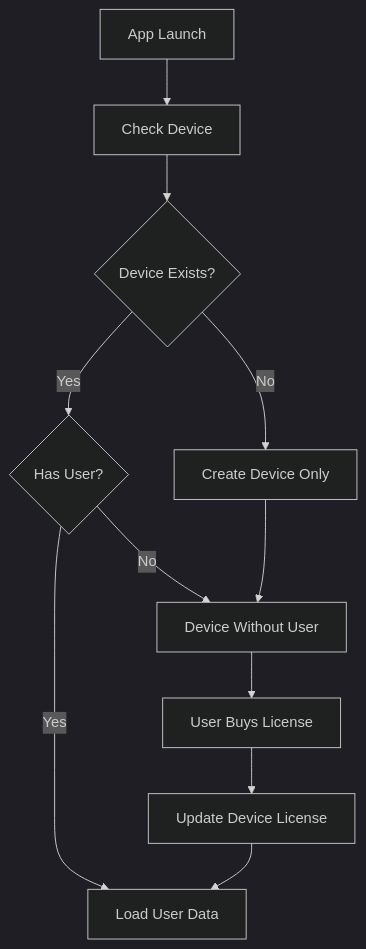
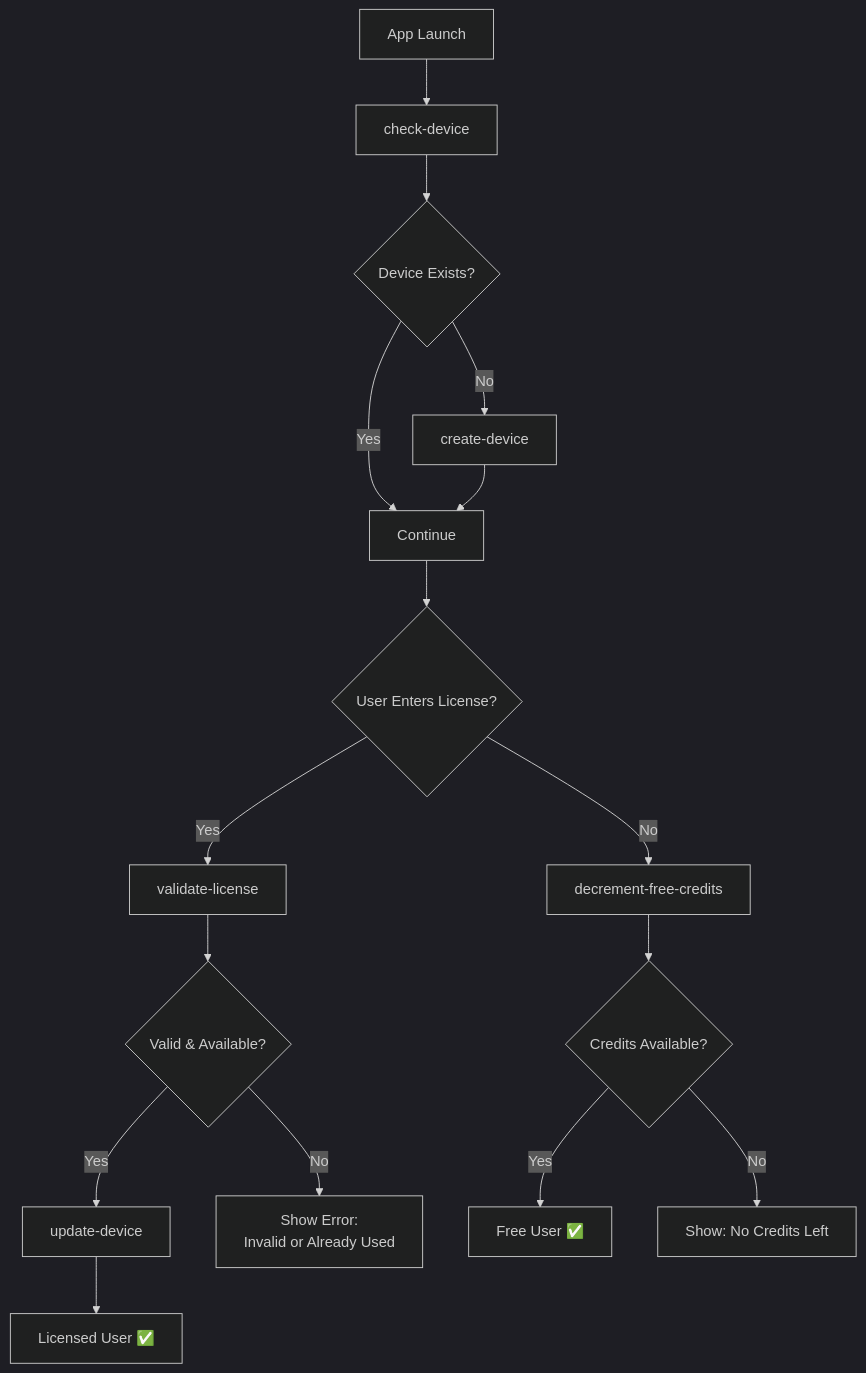
Before and after one commit to moinulmoin/cutclip-web: the diagram in USER_API_DOCS.md, drawn with Mermaid (dark theme). The commit also changed other lines of this file and 10 other files, not shown here.

Commit message:
feat: :sparkles: improve user flow documentation; modify Prisma schema for license uniqueness; update API routes for better error handling and response consistency

````diff
--- a/USER_API_DOCS.md
+++ b/USER_API_DOCS.md
@@ -159,13 +231,18 @@
 ```mermaid
 flowchart TD
-    A[App Launch] --> B[Check Device]
+    A[App Launch] --> B[check-device]
     B --> C{Device Exists?}
-    C -->|No| D[Create Device Only]
-    C -->|Yes| E{Has User?}
-    E -->|No| F[Device Without User]
-    E -->|Yes| G[Load User Data]
-    D --> F
-    F --> H[User Buys License]
-    H --> I[Update Device License]
-    I --> G
+    C -->|No| D[create-device]
+    C -->|Yes| E[Continue]
+    D --> E
+    E --> F{User Enters License?}
+    F -->|Yes| G[validate-license]
+    G --> H{Valid & Available?}
+    H -->|Yes| I[update-device]
+    H -->|No| J[Show Error:<br/>Invalid or Already Used]
+    I --> K[Licensed User ✅]
+    F -->|No| L[decrement-free-credits]
+    L --> M{Credits Available?}
+    M -->|Yes| N[Free User ✅]
+    M -->|No| O[Show: No Credits Left]
 ```
````
